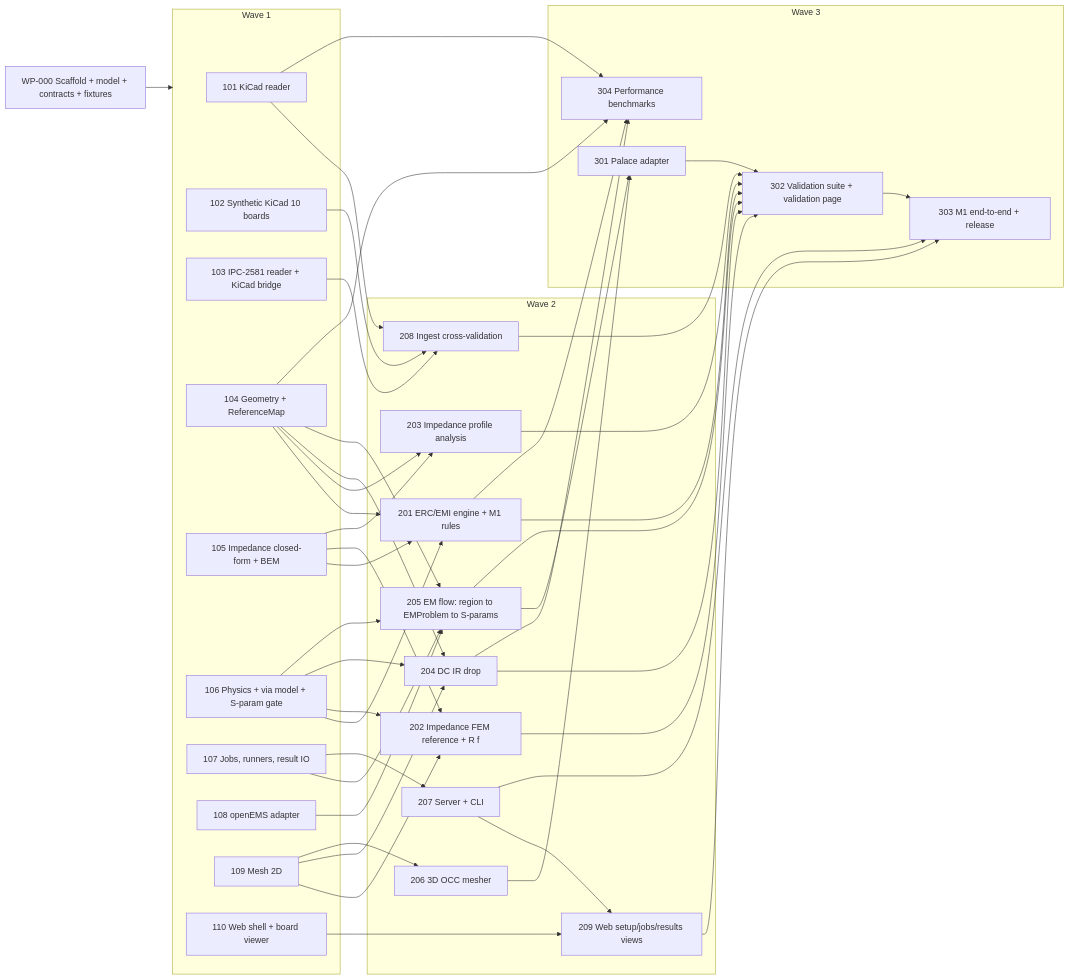
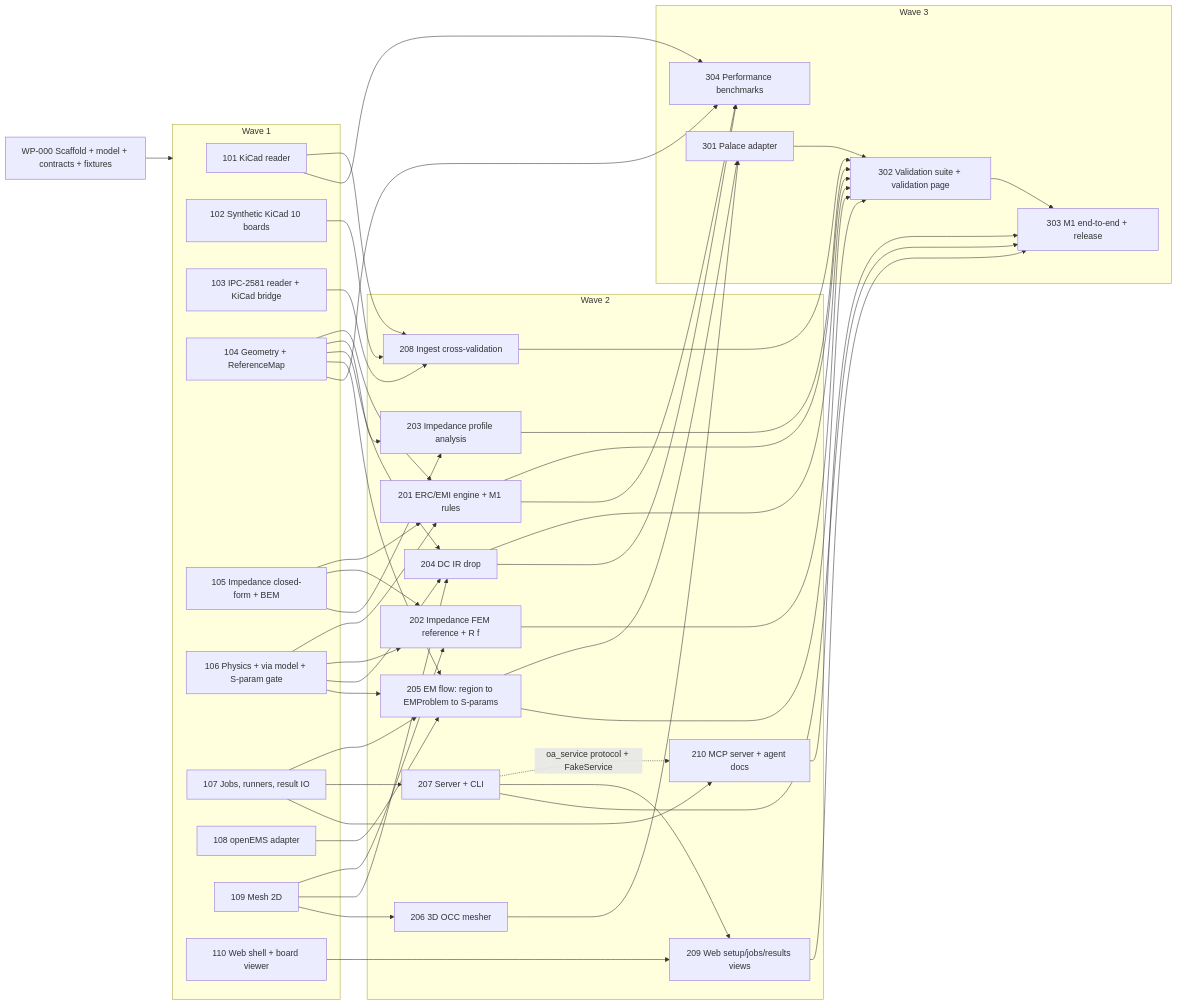
The diagram in docs/TASKS.md (C-My-Code/Open_Analysis), drawn with Mermaid before and after one commit. The commit also changed other lines of this file and 4 other files, not shown here.

````diff
--- a/docs/TASKS.md
+++ b/docs/TASKS.md
@@ -34,48 +43,50 @@
 ```mermaid
 flowchart LR
   WP000[WP-000 Scaffold + model + contracts + fixtures]
   subgraph W1[Wave 1]
     WP101[101 KiCad reader]
     WP102[102 Synthetic KiCad 10 boards]
     WP103[103 IPC-2581 reader + KiCad bridge]
     WP104[104 Geometry + ReferenceMap]
     WP105[105 Impedance closed-form + BEM]
     WP106[106 Physics + via model + S-param gate]
     WP107[107 Jobs, runners, result IO]
     WP108[108 openEMS adapter]
     WP109[109 Mesh 2D]
     WP110[110 Web shell + board viewer]
   end
   subgraph W2[Wave 2]
     WP201[201 ERC/EMI engine + M1 rules]
     WP202[202 Impedance FEM reference + R f]
     WP203[203 Impedance profile analysis]
     WP204[204 DC IR drop]
     WP205[205 EM flow: region to EMProblem to S-params]
     WP206[206 3D OCC mesher]
     WP207[207 Server + CLI]
     WP208[208 Ingest cross-validation]
     WP209[209 Web setup/jobs/results views]
+    WP210[210 MCP server + agent docs]
   end
   subgraph W3[Wave 3]
     WP301[301 Palace adapter]
     WP302[302 Validation suite + validation page]
     WP303[303 M1 end-to-end + release]
     WP304[304 Performance benchmarks]
   end
   WP000 --> W1
   WP104 --> WP201 & WP203 & WP204 & WP205
   WP105 --> WP201 & WP202 & WP203
   WP106 --> WP201 & WP202 & WP204 & WP205
   WP109 --> WP202 & WP204 & WP206
-  WP107 --> WP205 & WP207
+  WP107 --> WP205 & WP207 & WP210
+  WP207 -. oa_service protocol + FakeService .-> WP210
   WP108 --> WP205
   WP101 & WP102 & WP103 --> WP208
   WP110 --> WP209
   WP207 --> WP209
   WP205 & WP206 --> WP301
   WP201 & WP202 & WP203 & WP204 & WP205 & WP208 --> WP302
   WP301 --> WP302
-  WP207 & WP209 & WP302 --> WP303
+  WP207 & WP209 & WP210 & WP302 --> WP303
   WP101 & WP104 & WP201 & WP204 --> WP304
 ```
````
